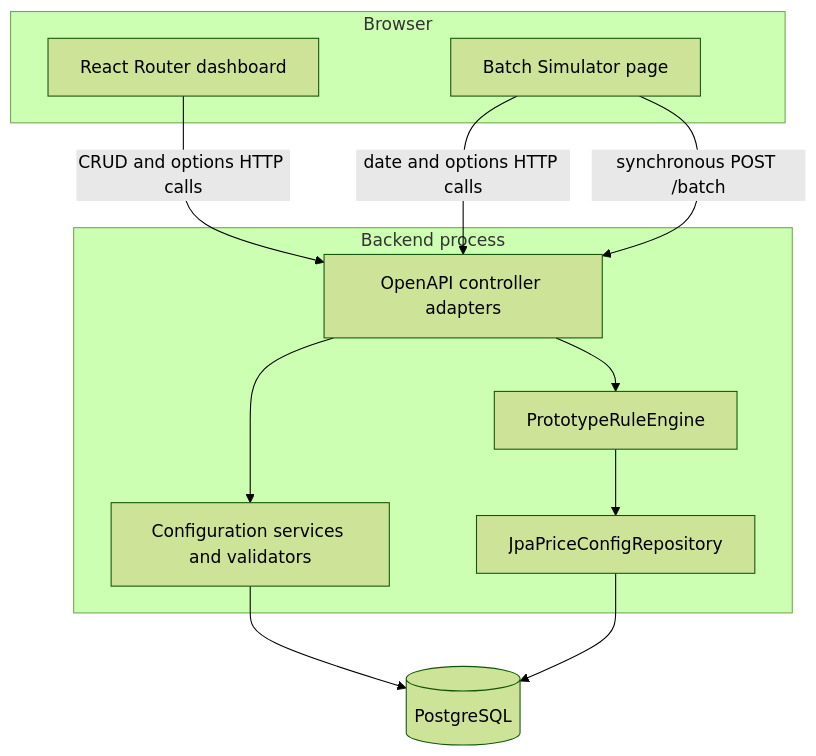
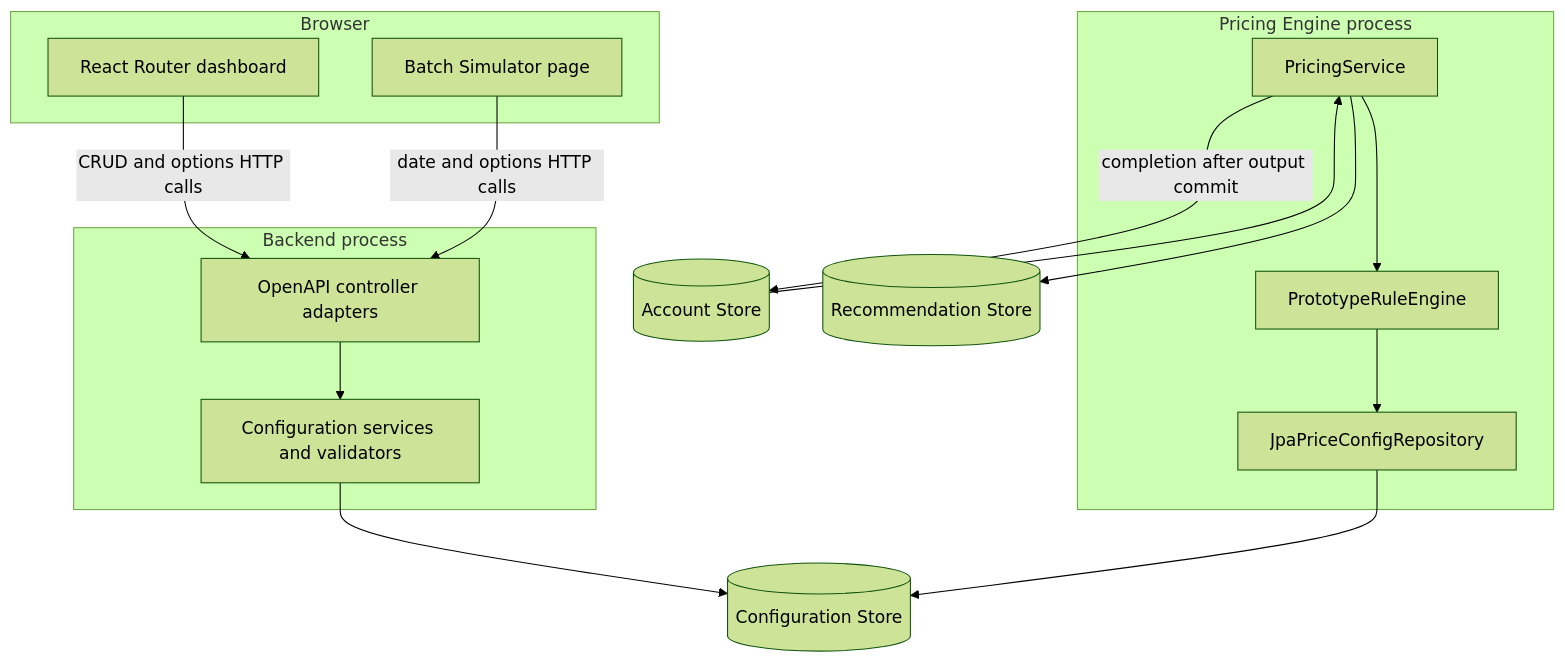
Before and after one commit to DerekThree/pricing-app: the diagram in docs/agents/wiki/02 Architecture/System Overview.md, drawn with Mermaid (forest theme). The commit also changed other lines of this file and 14 other files, not shown here.

Commit message:
Updated docs with pricing engine information

````diff
--- a/docs/agents/wiki/02 Architecture/System Overview.md
+++ b/docs/agents/wiki/02 Architecture/System Overview.md
@@ -14,25 +18,33 @@
 ```mermaid
 flowchart TB
     subgraph Browser
         UI[React Router dashboard]
         Simulator[Batch Simulator page]
     end
 
     subgraph Backend process
         Controllers[OpenAPI controller adapters]
         Services[Configuration services and validators]
+    end
+
+    subgraph Pricing Engine process
+        Pricing[PricingService]
         Engine[PrototypeRuleEngine]
         Adapter[JpaPriceConfigRepository]
     end
 
-    DB[(PostgreSQL)]
+    DB[(Configuration Store)]
+    Accounts[(Account Store)]
+    Recommendations[(Recommendation Store)]
 
     UI -->|CRUD and options HTTP calls| Controllers
     Simulator -->|date and options HTTP calls| Controllers
-    Simulator -->|synchronous POST /batch| Controllers
     Controllers --> Services
-    Controllers --> Engine
     Services --> DB
+    Accounts --> Pricing
+    Pricing --> Engine
+    Pricing --> Recommendations
+    Pricing -->|completion after output commit| Accounts
     Engine --> Adapter
     Adapter --> DB
 ```
````
